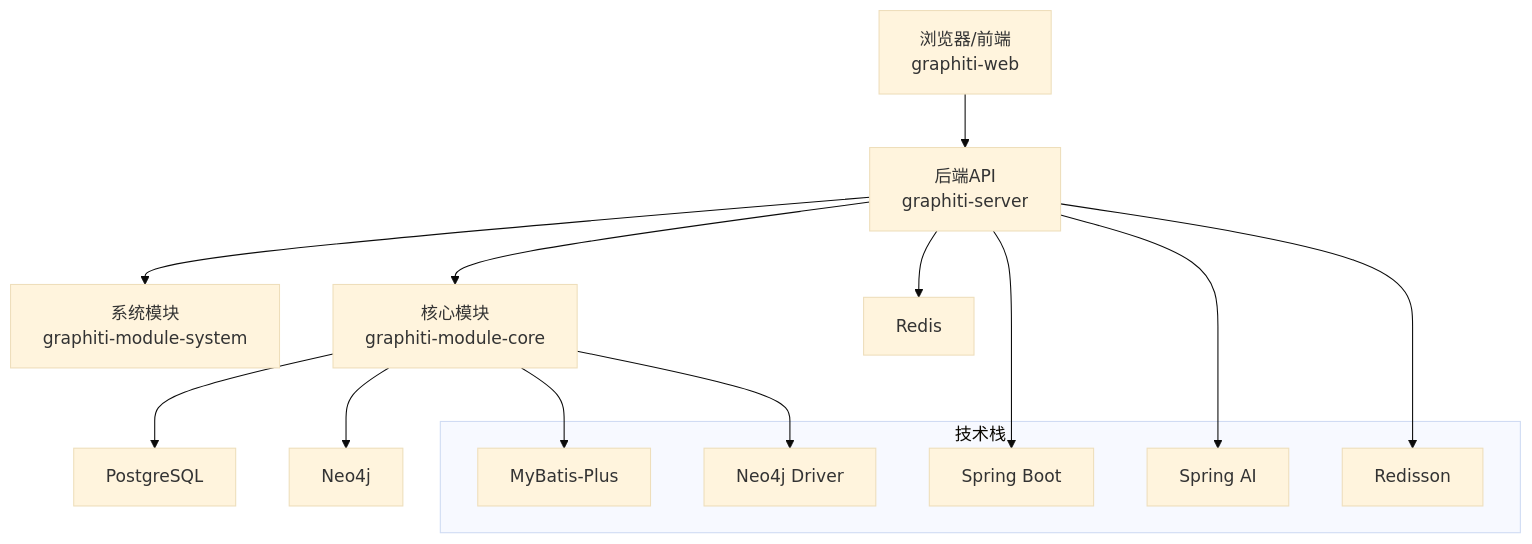
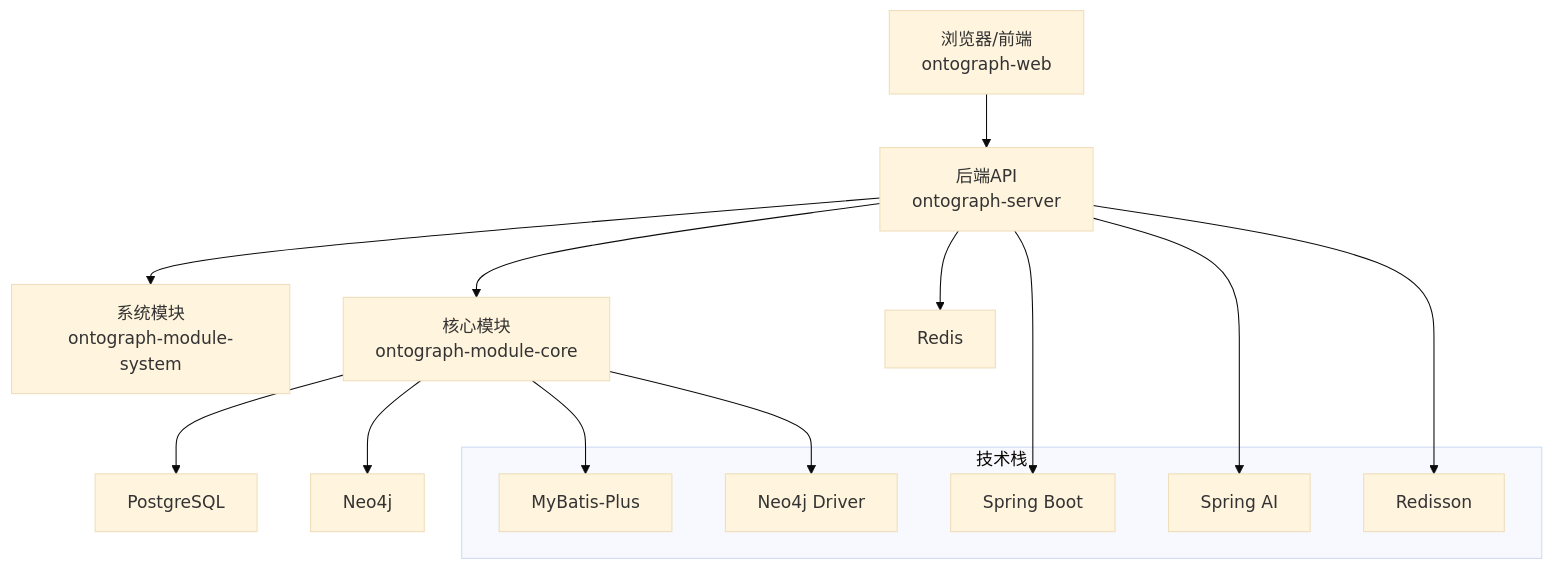
Before and after one commit to joezxh/graphiti-java: the second of 4 diagrams in docs/manual/开发指南/开发环境搭建.md, drawn with Mermaid (base theme). The commit also changed other lines of this file and 200 other files, not shown here.

````diff
--- a/docs/manual/开发指南/开发环境搭建.md
+++ b/docs/manual/开发指南/开发环境搭建.md
@@ -87,21 +87,21 @@
 ```mermaid
 graph TB
-FE["浏览器/前端<br/>graphiti-web"] --> API["后端API<br/>graphiti-server"]
-API --> SYS["系统模块<br/>graphiti-module-system"]
-API --> CORE["核心模块<br/>graphiti-module-core"]
+FE["浏览器/前端<br/>ontograph-web"] --> API["后端API<br/>ontograph-server"]
+API --> SYS["系统模块<br/>ontograph-module-system"]
+API --> CORE["核心模块<br/>ontograph-module-core"]
 CORE --> DB["PostgreSQL"]
 CORE --> GRAPH["Neo4j"]
 API --> CACHE["Redis"]
 subgraph "技术栈"
 SB["Spring Boot"]
 AI["Spring AI"]
 MP["MyBatis-Plus"]
 ND["Neo4j Driver"]
 RS["Redisson"]
 end
 API --> SB
 API --> AI
 CORE --> MP
 CORE --> ND
 API --> RS
 ```
````
